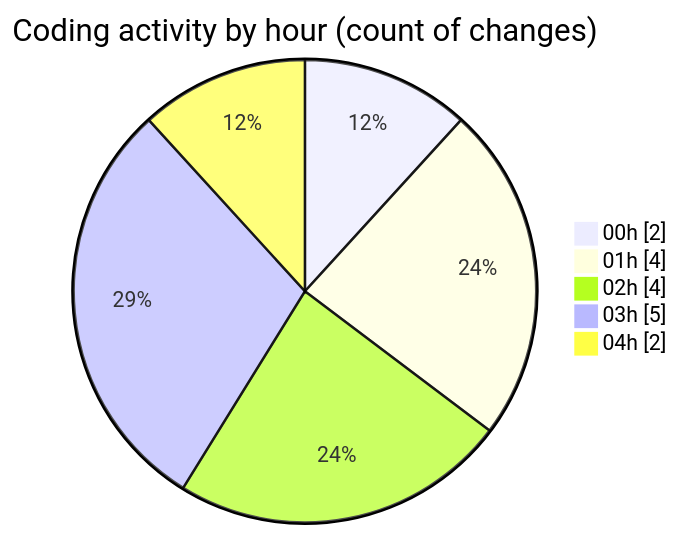
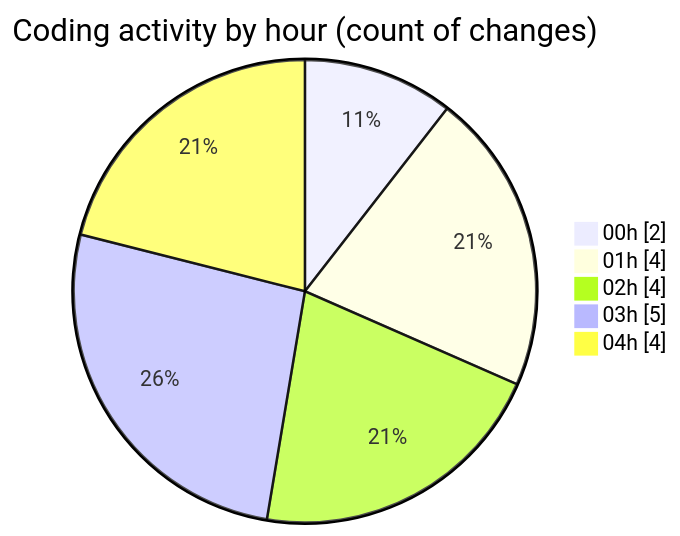
The second of 2 diagrams in 2025-08-08/studybuddy/README.md (lephambinh05/code-tracking), drawn with Mermaid before and after one commit. The commit also changed other lines of this file and 1 other file, not shown here.

````diff
--- a/2025-08-08/studybuddy/README.md
+++ b/2025-08-08/studybuddy/README.md
@@ -35,9 +36,9 @@
 ```mermaid
 pie showData
 title Coding activity by hour (count of changes)
 "00h" : 2
 "01h" : 4
 "02h" : 4
 "03h" : 5
-"04h" : 2
+"04h" : 4
 ```
````
